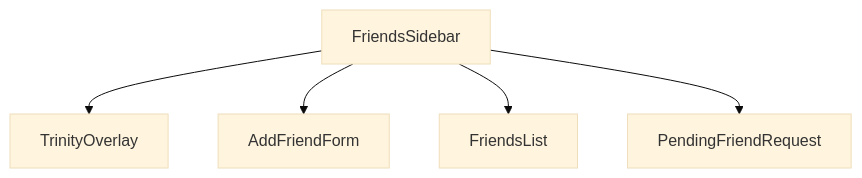
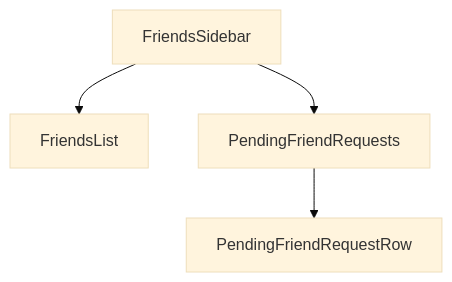
One commit to anthonynarine/tic_tac_toe changed the ninth of 9 diagrams in README.MD. Above: the diagram before and after it, drawn with Mermaid (base theme). The commit also changed other lines of this file, not shown here.

````diff
--- a/README.MD
+++ b/README.MD
@@ -160,7 +247,6 @@
 ```mermaid
 flowchart TB
-  FriendsSidebar --> TrinityOverlay
-  FriendsSidebar --> AddFriendForm
   FriendsSidebar --> FriendsList
-  FriendsSidebar --> PendingFriendRequest
+  FriendsSidebar --> PendingFriendRequests
+  PendingFriendRequests --> PendingFriendRequestRow
 ```
````
